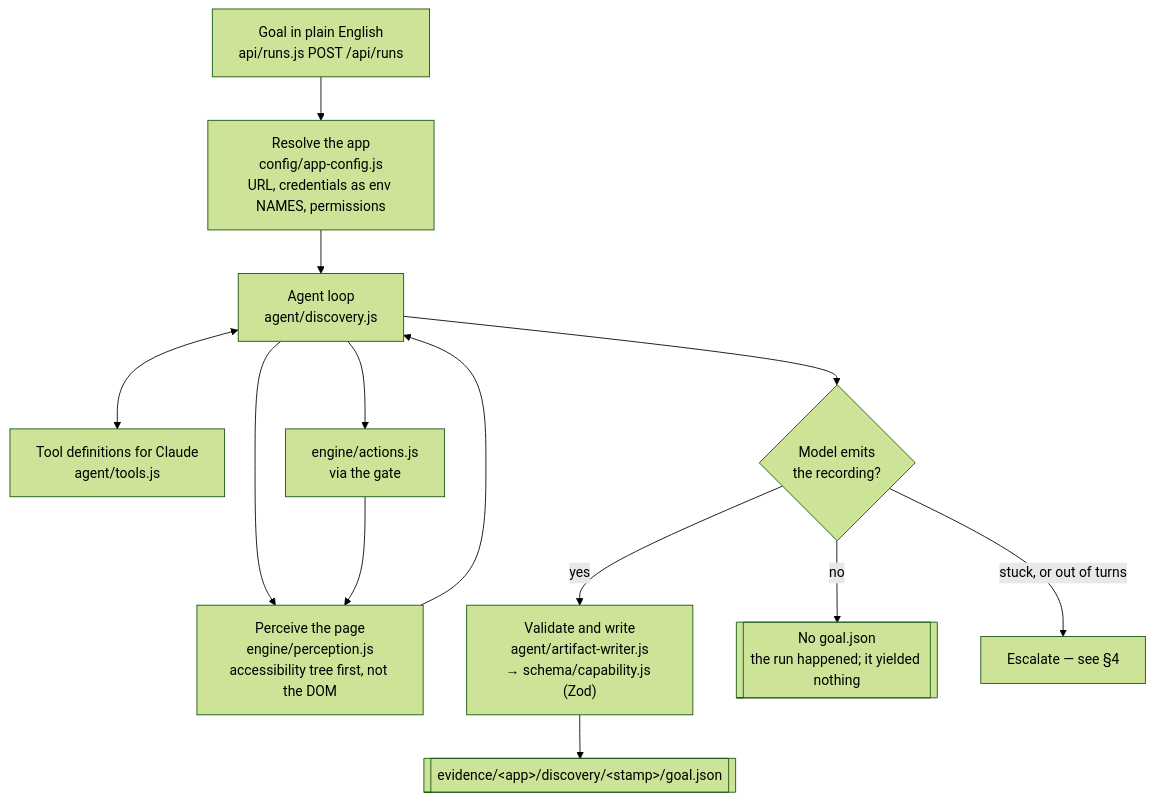
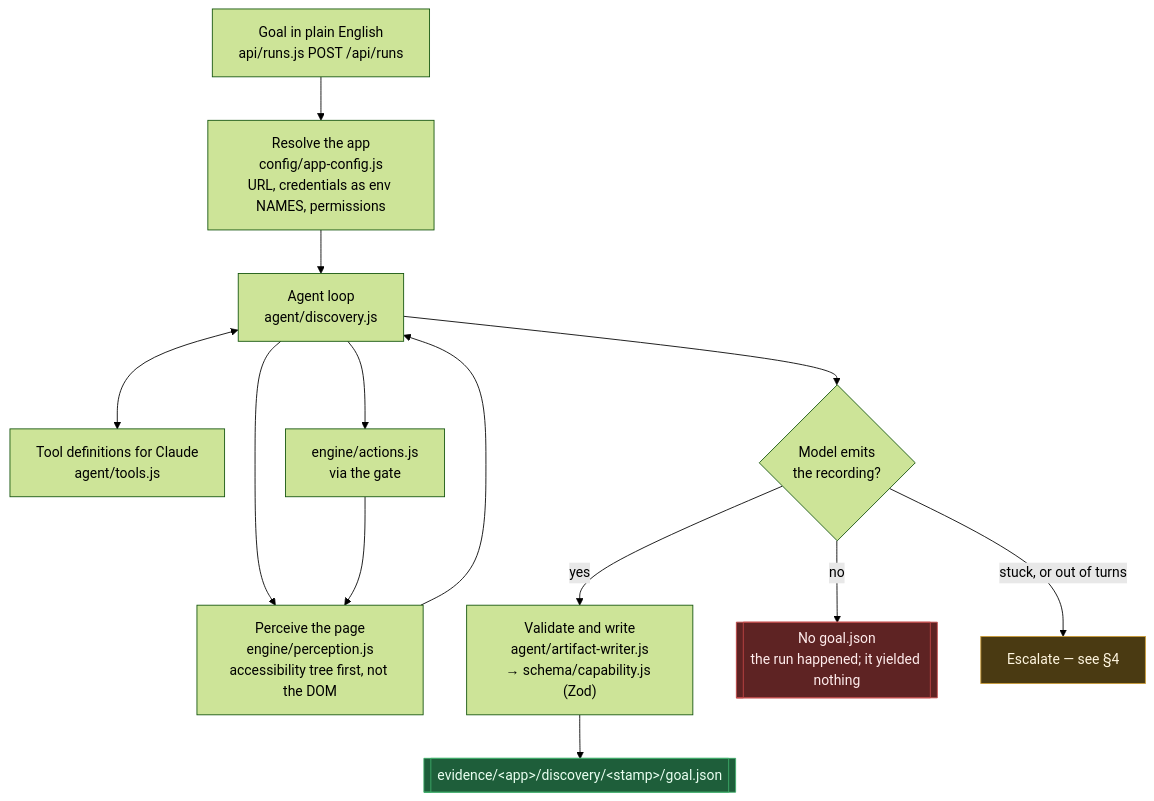
One commit to Nainicorn/interface-ai-cas-sk changed the second of 7 diagrams in docs/DESIGN.md. Above: the diagram before and after it, drawn with Mermaid (forest theme). The commit also changed other lines of this file, not shown here.

First line of the commit message:
Color-code outcome states in the discovery/replay flow diagrams

````diff
--- a/docs/DESIGN.md
+++ b/docs/DESIGN.md
@@ -55,22 +55,29 @@
 ```mermaid
 flowchart TB
     GOAL["Goal in plain English<br/>api/runs.js POST /api/runs"]
     CONF["Resolve the app<br/>config/app-config.js<br/>URL, credentials as env NAMES, permissions"]
     LOOP["Agent loop<br/>agent/discovery.js"]
     TOOLS["Tool definitions for Claude<br/>agent/tools.js"]
     OBSERVE["Perceive the page<br/>engine/perception.js<br/>accessibility tree first, not the DOM"]
     ACT["engine/actions.js<br/>via the gate"]
     EMIT{"Model emits<br/>the recording?"}
     WRITE["Validate and write<br/>agent/artifact-writer.js<br/>→ schema/capability.js (Zod)"]
     FILE[["evidence/&lt;app&gt;/discovery/&lt;stamp&gt;/goal.json"]]
     NONE[["No goal.json<br/>the run happened; it yielded nothing"]]
 
     GOAL --> CONF --> LOOP
     LOOP <--> TOOLS
     LOOP --> OBSERVE --> LOOP
     LOOP --> ACT --> OBSERVE
     LOOP --> EMIT
     EMIT -->|yes| WRITE --> FILE
     EMIT -->|"stuck, or out of turns"| ESC["Escalate — see §4"]
     EMIT -->|no| NONE
+
+    classDef good fill:#1e5e3a,stroke:#3fae6a,color:#eafff1;
+    classDef bad fill:#5e2323,stroke:#c24747,color:#ffecec;
+    classDef wait fill:#4a3a12,stroke:#c99a34,color:#fff6e0;
+    class FILE good
+    class ESC wait
+    class NONE bad
 ```
````
